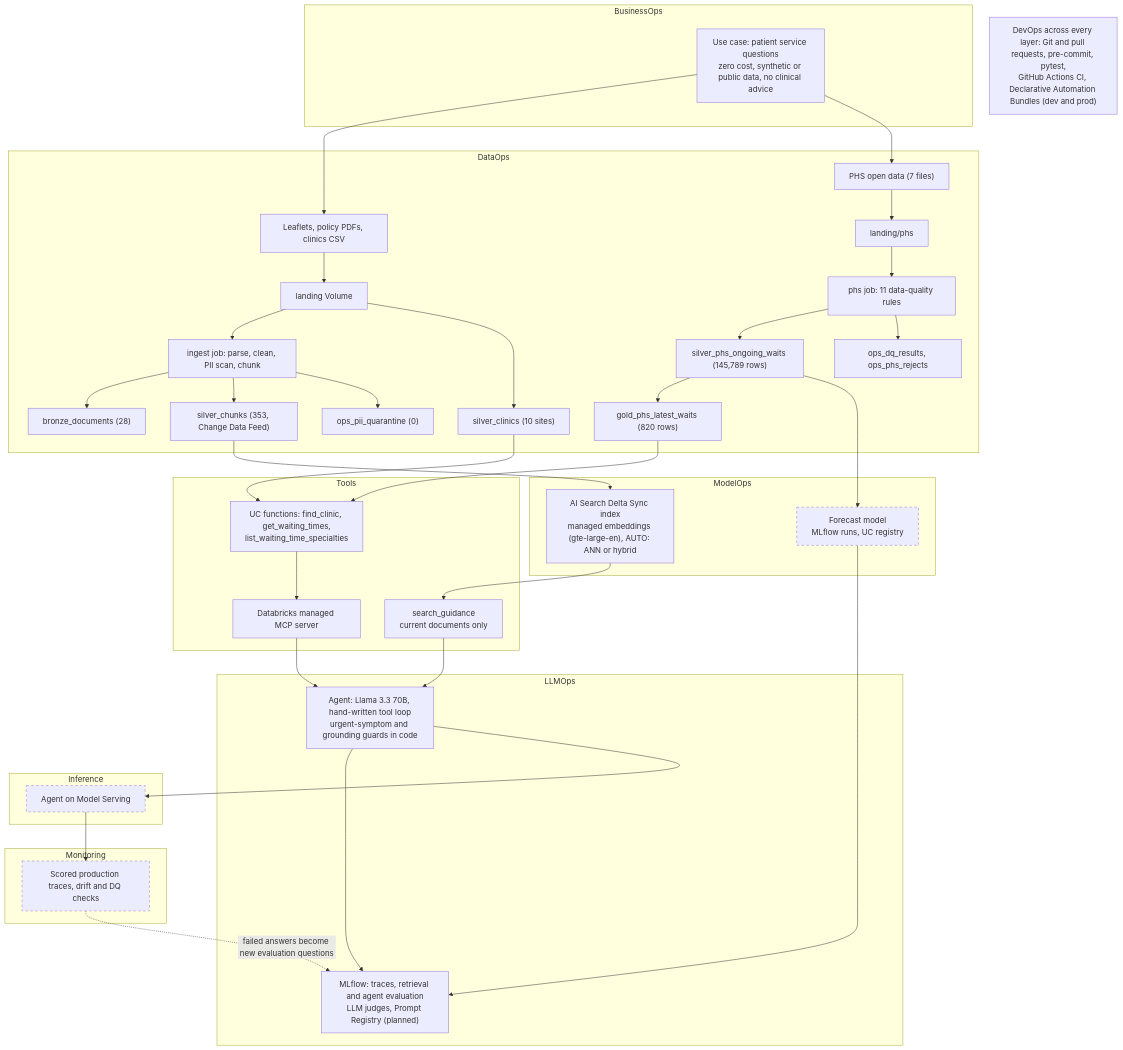
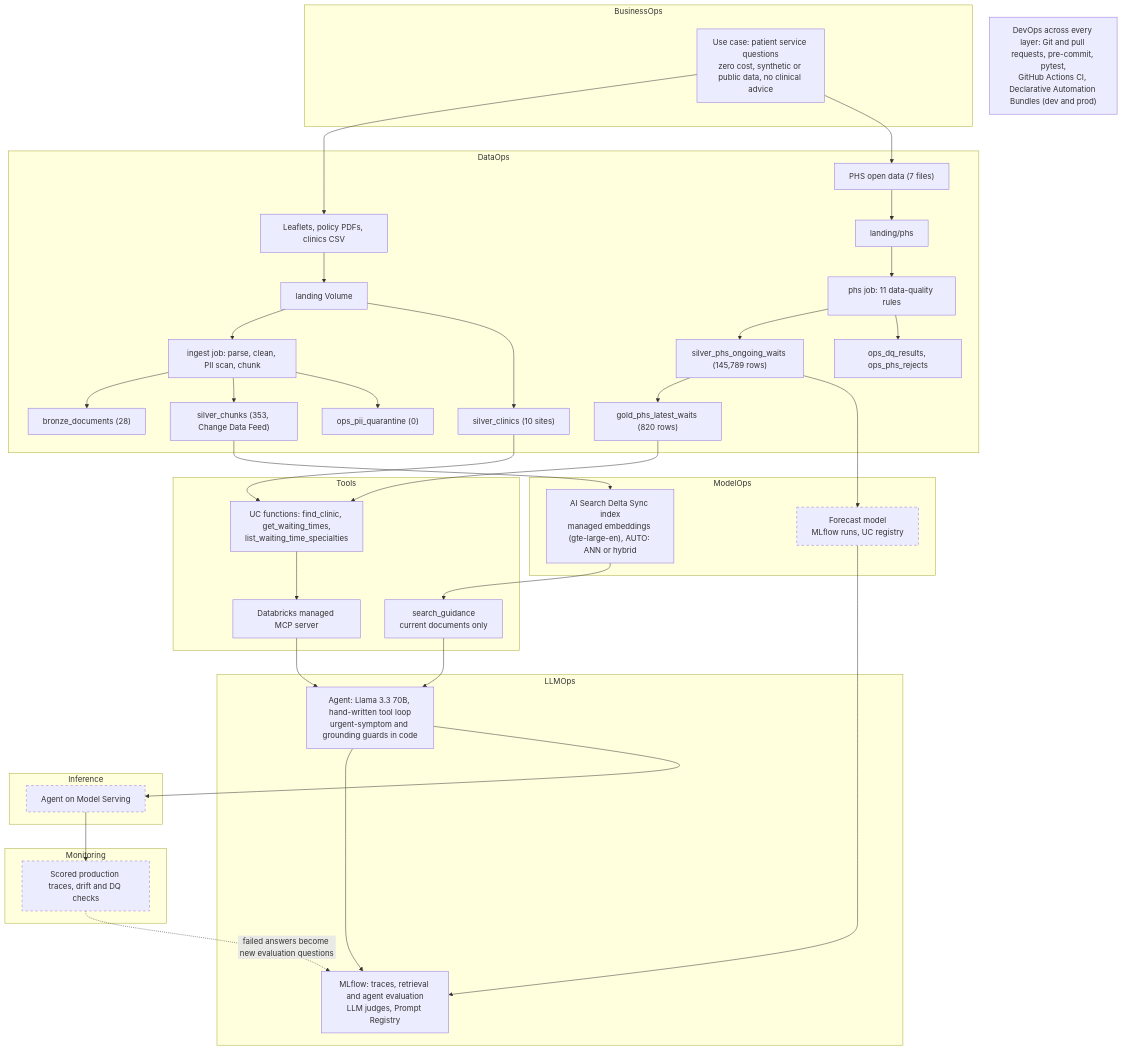
One commit to dmishra27/careconnect-navigator changed the diagram in README.md. Above: the diagram before and after it, drawn with Mermaid. The commit also changed other lines of this file and 12 other files, not shown here.

First line of the commit message:
Week 4 Step 2: system prompt in the Prompt Registry with an evaluation gate

````diff
--- a/README.md
+++ b/README.md
@@ -36,64 +36,64 @@
 ```mermaid
 flowchart TB
     subgraph BIZ["BusinessOps"]
         UC["Use case: patient service questions<br/>zero cost, synthetic or public data, no clinical advice"]
     end
 
     subgraph DATA["DataOps"]
         SRC1["Leaflets, policy PDFs, clinics CSV"] --> VOL1["landing Volume"]
         VOL1 --> ING["ingest job: parse, clean, PII scan, chunk"]
         ING --> BR["bronze_documents (28)"]
         ING --> SV["silver_chunks (353, Change Data Feed)"]
         ING --> Q["ops_pii_quarantine (0)"]
         VOL1 --> CL["silver_clinics (10 sites)"]
         SRC2["PHS open data (7 files)"] --> VOL2["landing/phs"]
         VOL2 --> PJ["phs job: 11 data-quality rules"]
         PJ --> PS["silver_phs_ongoing_waits (145,789 rows)"]
         PJ --> DQ["ops_dq_results, ops_phs_rejects"]
         PS --> GD["gold_phs_latest_waits (820 rows)"]
     end
 
     subgraph MODEL["ModelOps"]
         IDX["AI Search Delta Sync index<br/>managed embeddings (gte-large-en), AUTO: ANN or hybrid"]
         FC["Forecast model<br/>MLflow runs, UC registry"]:::planned
     end
 
     subgraph TOOLS["Tools"]
         SG["search_guidance<br/>current documents only"]
         UCF["UC functions: find_clinic, get_waiting_times,<br/>list_waiting_time_specialties"]
         MCP["Databricks managed MCP server"]
     end
 
     subgraph LLM["LLMOps"]
         AG["Agent: Llama 3.3 70B, hand-written tool loop<br/>urgent-symptom and grounding guards in code"]
-        MLF["MLflow: traces, retrieval and agent evaluation<br/>LLM judges, Prompt Registry (planned)"]
+        MLF["MLflow: traces, retrieval and agent evaluation<br/>LLM judges, Prompt Registry"]
     end
 
     subgraph INF["Inference"]
         SRV["Agent on Model Serving"]:::planned
     end
 
     subgraph MON["Monitoring"]
         M["Scored production traces, drift and DQ checks"]:::planned
     end
 
     UC --> SRC1
     UC --> SRC2
     SV --> IDX
     IDX --> SG
     CL --> UCF
     GD --> UCF
     UCF --> MCP
     PS --> FC
     SG --> AG
     MCP --> AG
     AG --> MLF
     FC --> MLF
     AG --> SRV
     SRV --> M
     M -. "failed answers become new evaluation questions" .-> MLF
 
     DEV["DevOps across every layer: Git and pull requests, pre-commit, pytest,<br/>GitHub Actions CI, Declarative Automation Bundles (dev and prod)"]
 
     classDef planned stroke-dasharray: 5 5
 ```
````
